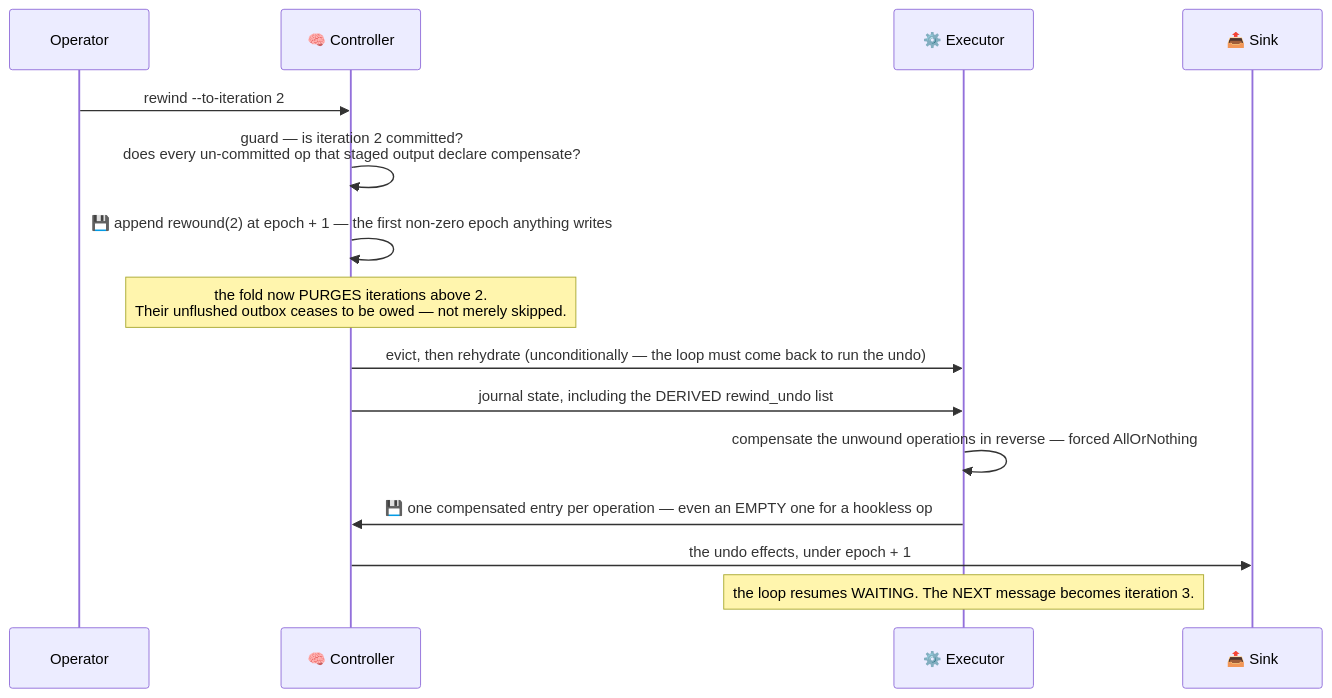
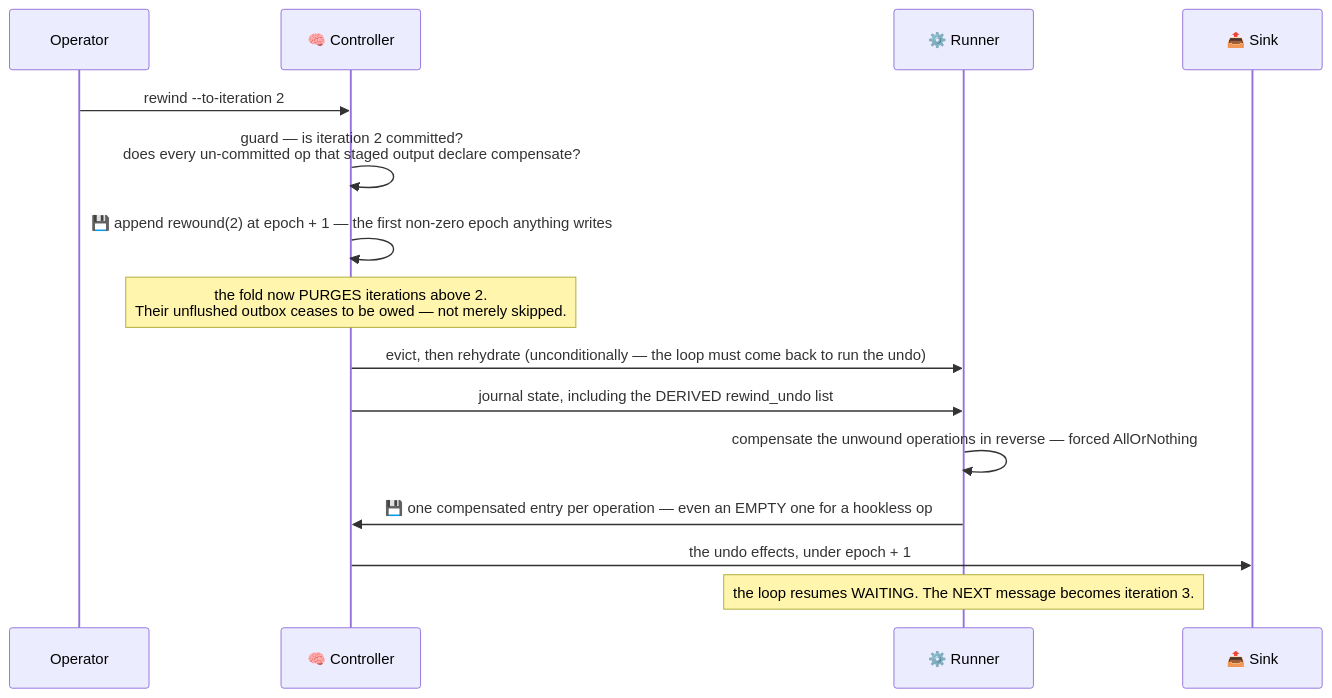
One commit to Flezha/flezha changed the eighth of 8 diagrams in docs/architecture/bounded_profile.md. Above: the diagram before and after it, drawn with Mermaid. The commit also changed other lines of this file and 535 other files, not shown here.

````diff
--- a/docs/architecture/bounded_profile.md
+++ b/docs/architecture/bounded_profile.md
@@ -364,18 +364,18 @@
 ```mermaid
 sequenceDiagram
     participant OP as Operator
     participant CTRL as 🧠 Controller
-    participant EX as ⚙️ Executor
+    participant EX as ⚙️ Runner
     participant SINK as 📤 Sink
 
     OP->>CTRL: rewind --to-iteration 2
     CTRL->>CTRL: guard — is iteration 2 committed?<br/>does every un-committed op that staged output declare compensate?
     CTRL->>CTRL: 💾 append rewound(2) at epoch + 1 — the first non-zero epoch anything writes
     Note over CTRL: the fold now PURGES iterations above 2.<br/>Their unflushed outbox ceases to be owed — not merely skipped.
     CTRL->>EX: evict, then rehydrate (unconditionally — the loop must come back to run the undo)
     CTRL->>EX: journal state, including the DERIVED rewind_undo list
     EX->>EX: compensate the unwound operations in reverse — forced AllOrNothing
     EX->>CTRL: 💾 one compensated entry per operation — even an EMPTY one for a hookless op
     CTRL->>SINK: the undo effects, under epoch + 1
     Note over EX: the loop resumes WAITING. The NEXT message becomes iteration 3.
 ```
````
